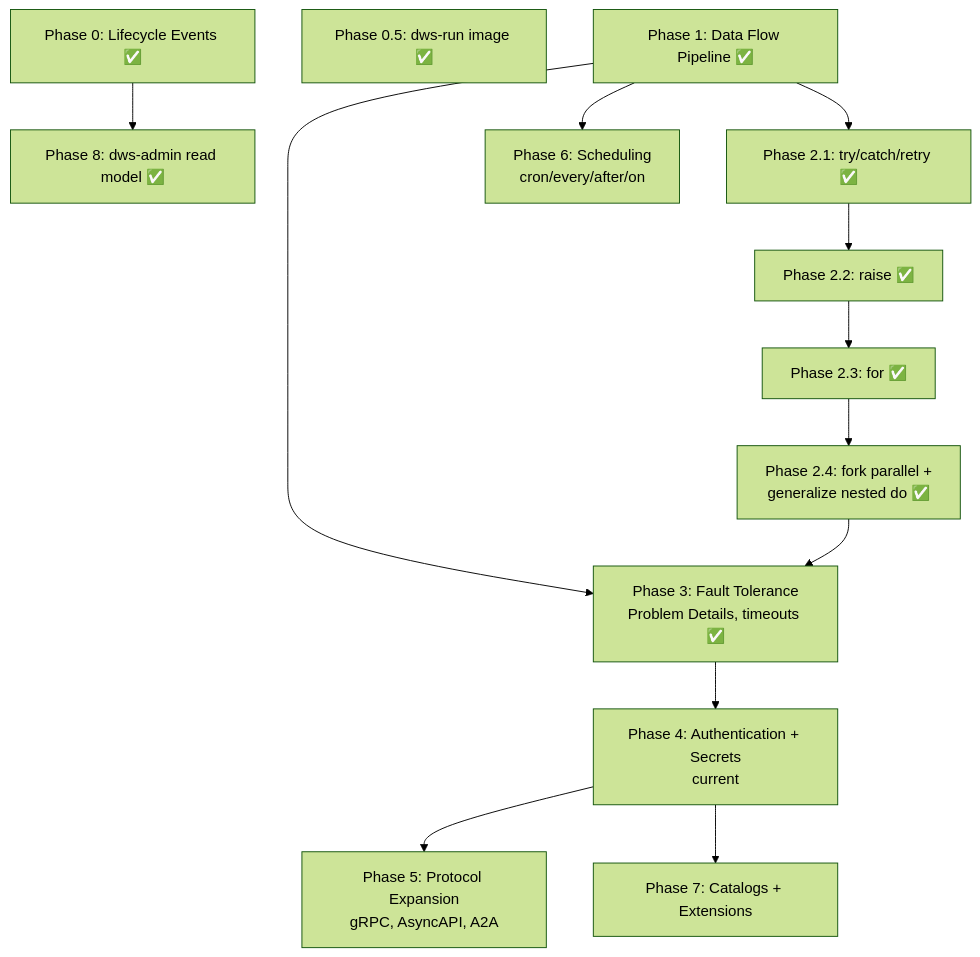
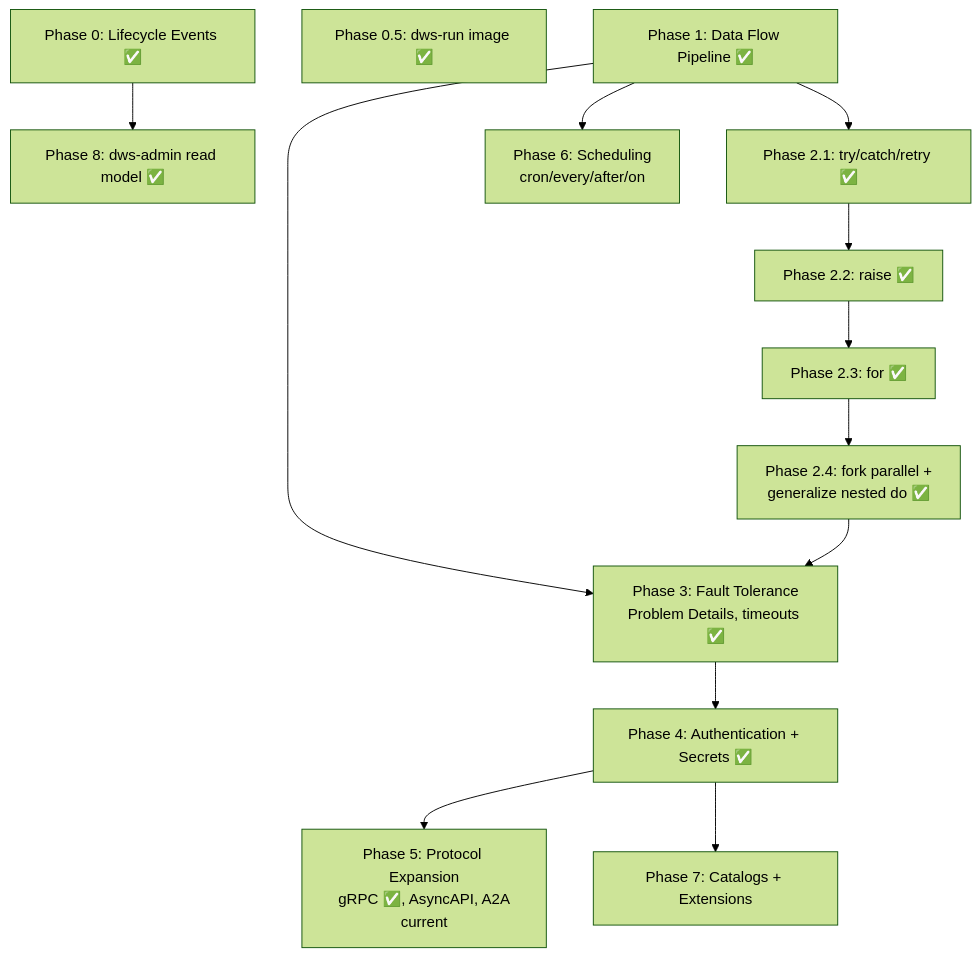
One commit to tonylibs/dapr-workflow-spec changed the diagram in docs/roadmaps/openworkflow-features.md. Above: the diagram before and after it, drawn with Mermaid (forest theme). The commit also changed other lines of this file and 4 other files, not shown here.

First line of the commit message:
ci(dws-call-grpc): path-filtered workflow, roadmap update, verify report

````diff
--- a/docs/roadmaps/openworkflow-features.md
+++ b/docs/roadmaps/openworkflow-features.md
@@ -47,15 +48,15 @@
 ```mermaid
 flowchart TD
   P0[Phase 0: Lifecycle Events ✅] --> P8[Phase 8: dws-admin read model ✅]
   P05[Phase 0.5: dws-run image ✅]
   P1[Phase 1: Data Flow Pipeline ✅] --> P2a[Phase 2.1: try/catch/retry ✅]
   P2a --> P2b[Phase 2.2: raise ✅]
   P2b --> P2c[Phase 2.3: for ✅]
   P2c --> P2d[Phase 2.4: fork parallel +<br/>generalize nested do ✅]
   P1 --> P3[Phase 3: Fault Tolerance<br/>Problem Details, timeouts ✅]
   P2d --> P3
-  P3 --> P4[Phase 4: Authentication + Secrets<br/>current]
-  P4 --> P5[Phase 5: Protocol Expansion<br/>gRPC, AsyncAPI, A2A]
+  P3 --> P4[Phase 4: Authentication + Secrets ✅]
+  P4 --> P5[Phase 5: Protocol Expansion<br/>gRPC ✅, AsyncAPI, A2A<br/>current]
   P1 --> P6[Phase 6: Scheduling<br/>cron/every/after/on]
   P4 --> P7[Phase 7: Catalogs + Extensions]
 ```
````
